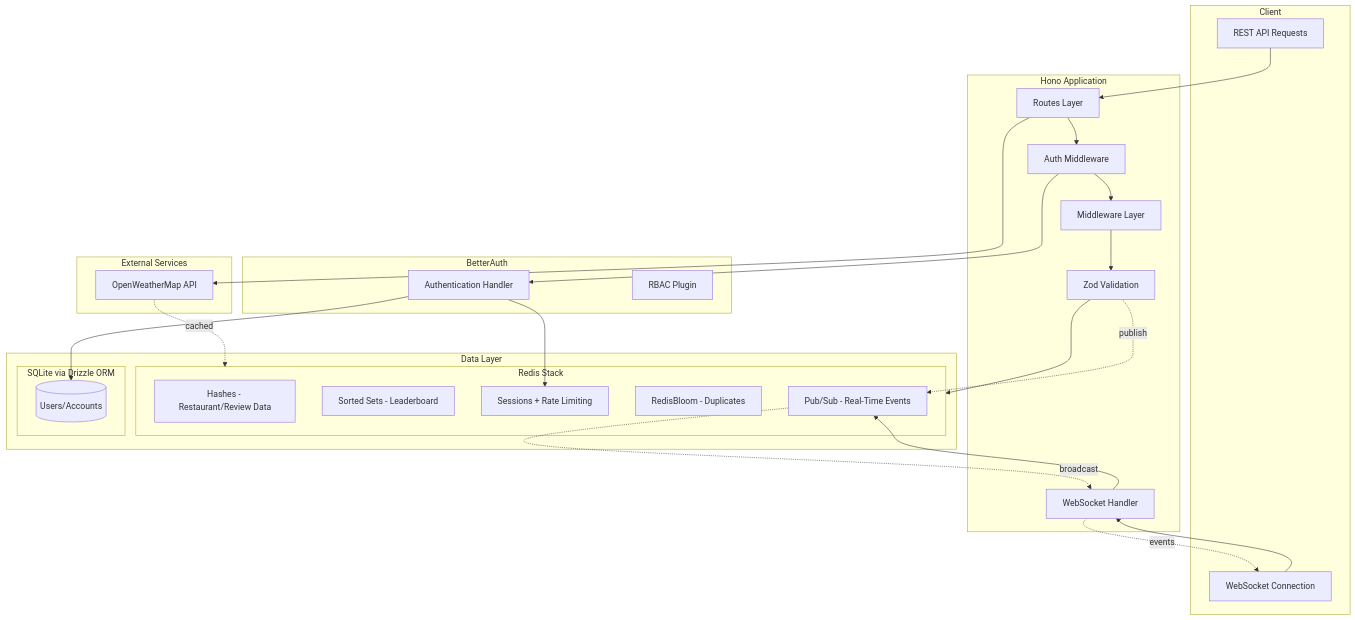
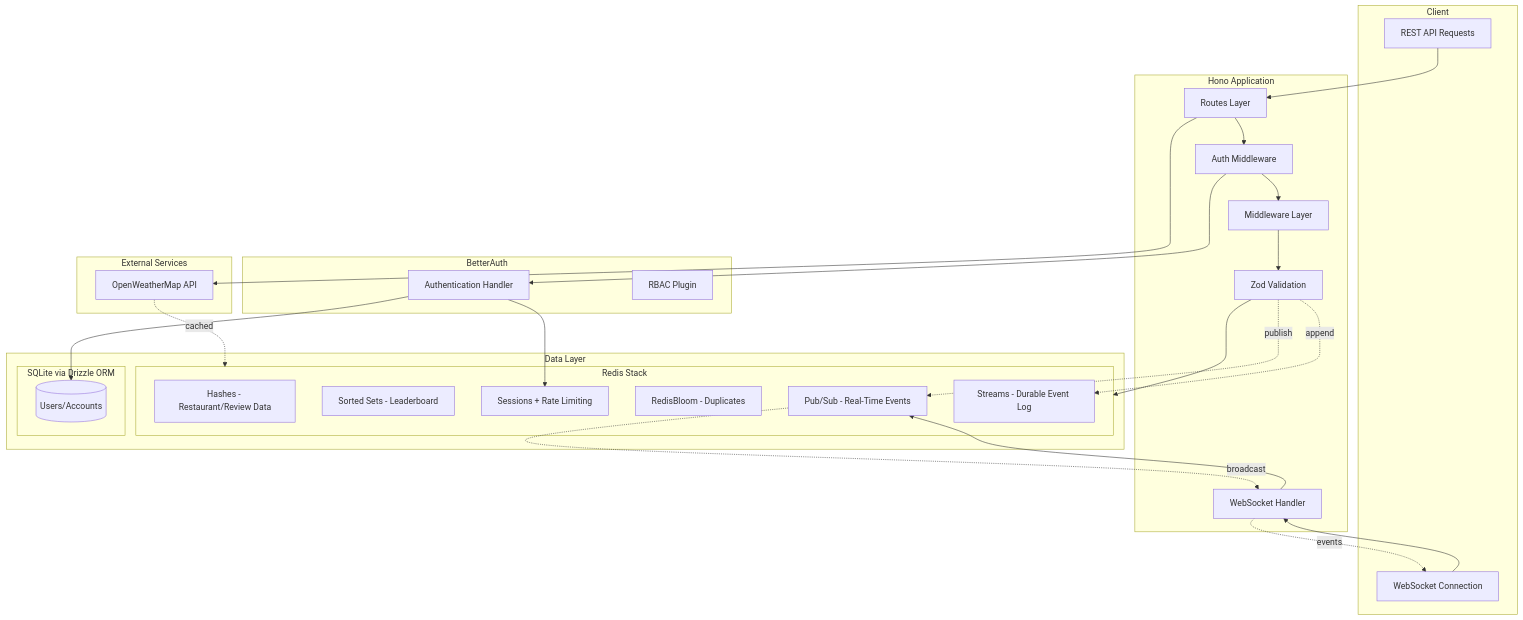
One commit to Pr1ncep5/bites-ratings-api changed the diagram in README.md. Above: the diagram before and after it, drawn with Mermaid. The commit also changed other lines of this file, not shown here.

Commit message:
Update readme with redis streams

````diff
--- a/README.md
+++ b/README.md
@@ -43,54 +43,56 @@
 ```mermaid
 flowchart TB
     subgraph client [Client]
         API[REST API Requests]
         WS[WebSocket Connection]
     end
 
     subgraph app [Hono Application]
         Routes[Routes Layer]
         AuthMW[Auth Middleware]
         MW[Middleware Layer]
         Valid[Zod Validation]
         WSHandler[WebSocket Handler]
     end
 
     subgraph auth [BetterAuth]
         BA[Authentication Handler]
         RBAC[RBAC Plugin]
     end
 
     subgraph storage [Data Layer]
         subgraph redis [Redis Stack]
             Hash[Hashes - Restaurant/Review Data]
             SSet[Sorted Sets - Leaderboard]
             Sessions[Sessions + Rate Limiting]
             Bloom[RedisBloom - Duplicates]
             PubSub[Pub/Sub - Real-Time Events]
+            Streams[Streams - Durable Event Log]
         end
         subgraph sqlite [SQLite via Drizzle ORM]
             Users[(Users/Accounts)]
         end
     end
 
     subgraph external [External Services]
         Weather[OpenWeatherMap API]
     end
 
     API --> Routes
     Routes --> AuthMW
     AuthMW --> BA
     BA --> Users
     BA --> Sessions
     AuthMW --> MW
     MW --> Valid
     Valid --> redis
     Valid -.-> |publish| PubSub
+    Valid -.-> |append| Streams
     Routes --> Weather
     Weather -.-> |cached| redis
 
     WS --> WSHandler
     WSHandler --> PubSub
     PubSub -.-> |broadcast| WSHandler
     WSHandler -.-> |events| WS
 ```
````
